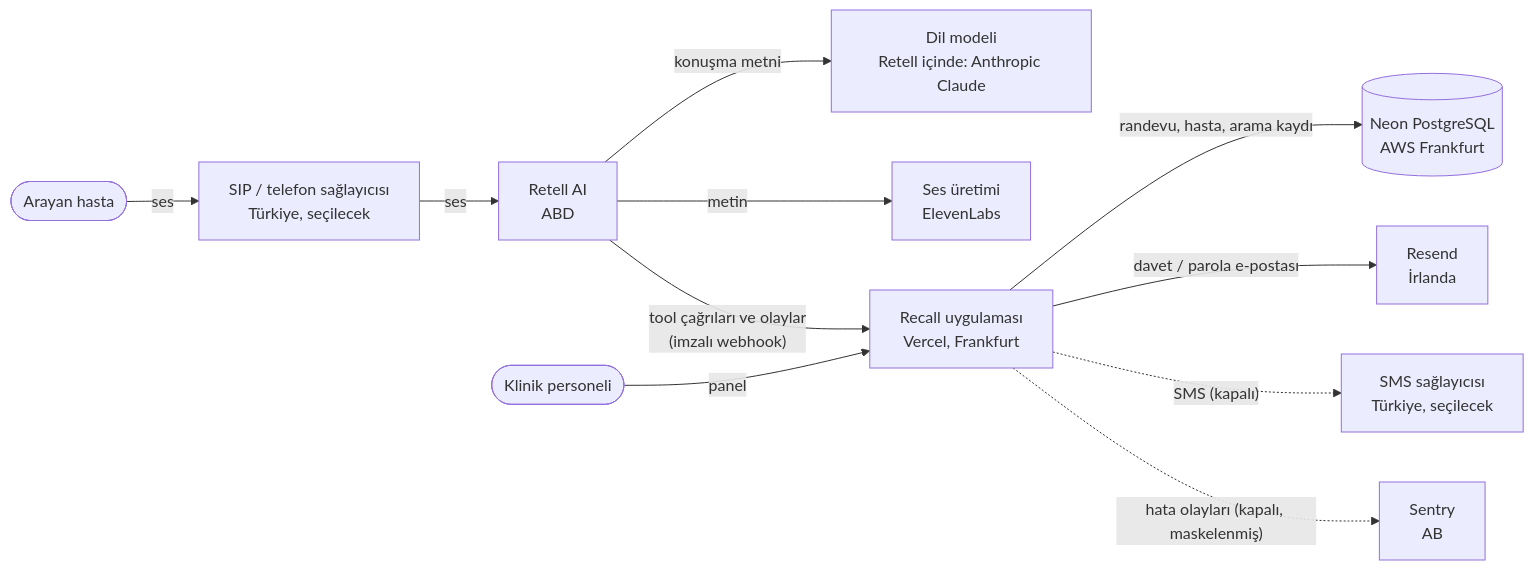
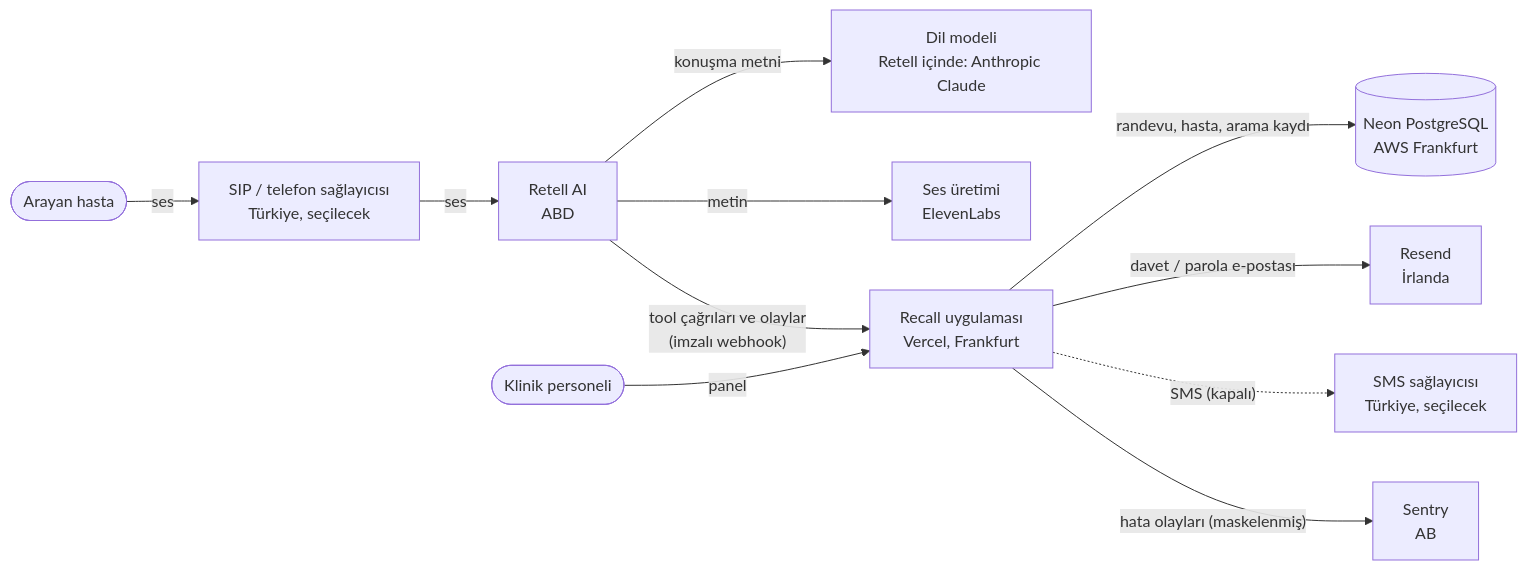
The diagram in docs/legal-drafts/DATA-FLOW.md (Recallapp1/recall), drawn with Mermaid before and after one commit. The commit also changed other lines of this file and 26 other files, not shown here.

````diff
--- a/docs/legal-drafts/DATA-FLOW.md
+++ b/docs/legal-drafts/DATA-FLOW.md
@@ -9,13 +9,13 @@
 ```mermaid
 flowchart LR
   Hasta([Arayan hasta]) -- ses --> Hat[SIP / telefon sağlayıcısı\nTürkiye, seçilecek]
   Hat -- ses --> Retell[Retell AI\nABD]
   Retell -- konuşma metni --> LLM[Dil modeli\nRetell içinde: Anthropic Claude]
   Retell -- metin --> TTS[Ses üretimi\nElevenLabs]
   Retell -- "tool çağrıları ve olaylar\n(imzalı webhook)" --> App[Recall uygulaması\nVercel, Frankfurt]
   App -- "randevu, hasta, arama kaydı" --> DB[(Neon PostgreSQL\nAWS Frankfurt)]
   App -- "davet / parola e-postası" --> Resend[Resend\nİrlanda]
   App -. "SMS (kapalı)" .-> SMS[SMS sağlayıcısı\nTürkiye, seçilecek]
-  App -. "hata olayları (kapalı, maskelenmiş)" .-> Sentry[Sentry\nAB]
+  App -- "hata olayları (maskelenmiş)" --> Sentry[Sentry\nAB]
   Klinik([Klinik personeli]) -- panel --> App
 ```
````
